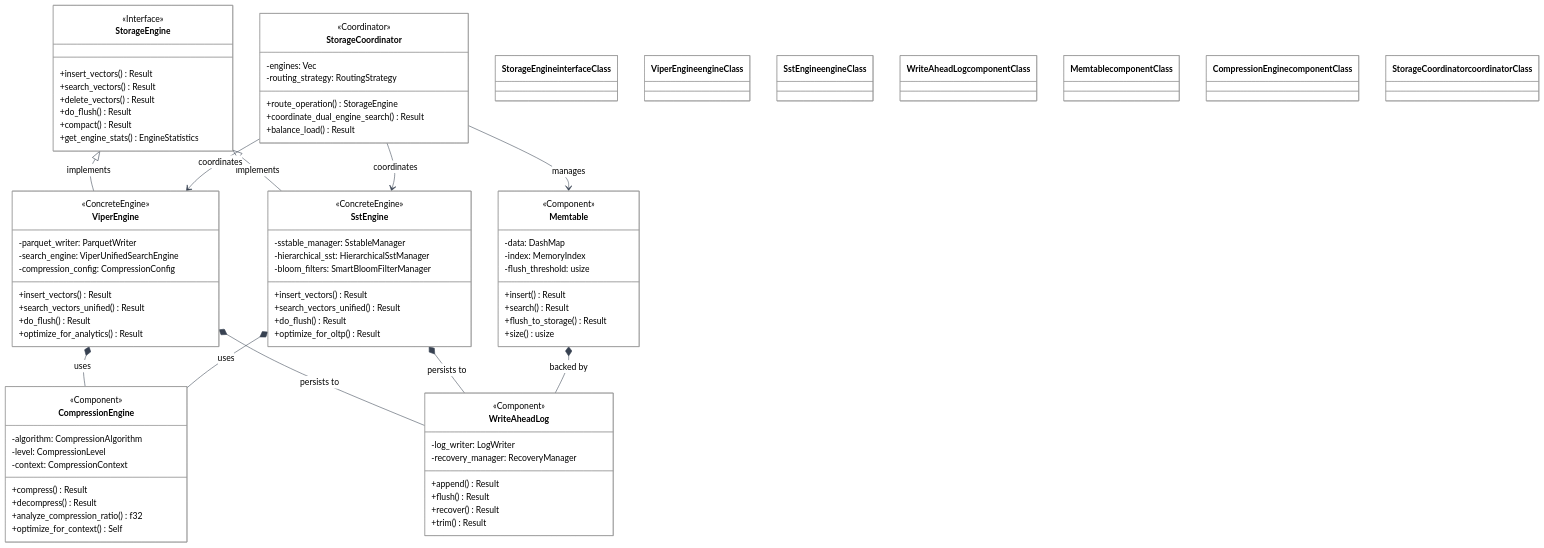
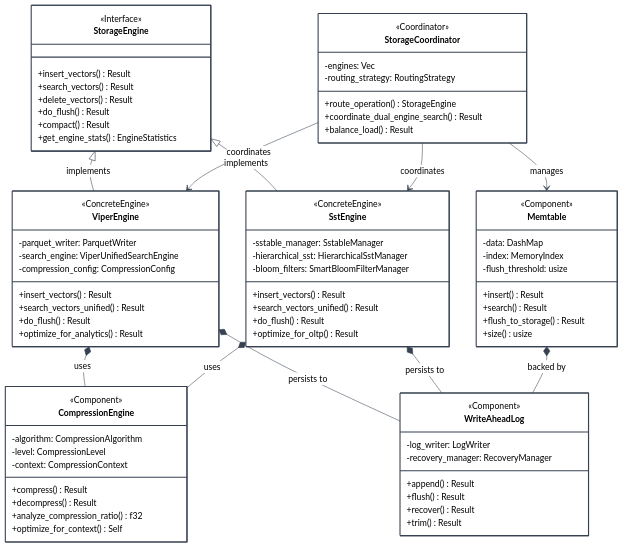
Before and after one commit to vjsingh1984/proximaDB: the diagram in docs/diagrams/storage-components-detail-modular.mmd, drawn with Mermaid. The commit also changed 11 other files, not shown here.

First line of the commit message:
fix: resolve class diagram style syntax errors and add business overview

```diff
--- a/docs/diagrams/storage-components-detail-modular.mmd
+++ b/docs/diagrams/storage-components-detail-modular.mmd
@@ -1,107 +1,100 @@
 %%{init: {"theme":"neutral", "themeVariables": {"primaryColor":"#2563eb","primaryTextColor":"#000000","primaryBorderColor":"#1e40af","lineColor":"#374151","secondaryColor":"#10b981","secondaryTextColor":"#000000","tertiaryColor":"#f59e0b","tertiaryTextColor":"#000000","background":"transparent","mainBkg":"#ffffff","secondBkg":"#f8fafc","textColor":"#000000","nodeTextColor":"#000000","fontFamily":"Arial, sans-serif","fontSize":"16px","clusterBkg":"#f1f5f9","clusterBorder":"#374151","edgeLabelBackground":"#ffffff"}}}%%
 
 classDiagram
     %% Storage Module - Core persistence and storage engine capabilities
     
     class StorageEngine {
         <<Interface>>
         +insert_vectors() Result
         +search_vectors() Result
         +delete_vectors() Result
         +do_flush() Result
         +compact() Result
         +get_engine_stats() EngineStatistics
     }
     
     class ViperEngine {
         <<ConcreteEngine>>
         -parquet_writer: ParquetWriter
         -search_engine: ViperUnifiedSearchEngine
         -compression_config: CompressionConfig
         +insert_vectors() Result
         +search_vectors_unified() Result
         +do_flush() Result
         +optimize_for_analytics() Result
     }
     
     class SstEngine {
         <<ConcreteEngine>>
         -sstable_manager: SstableManager
         -hierarchical_sst: HierarchicalSstManager
         -bloom_filters: SmartBloomFilterManager
         +insert_vectors() Result
         +search_vectors_unified() Result
         +do_flush() Result
         +optimize_for_oltp() Result
     }
     
     class WriteAheadLog {
         <<Component>>
         -log_writer: LogWriter
         -recovery_manager: RecoveryManager
         +append() Result
         +flush() Result
         +recover() Result
         +trim() Result
     }
     
     class Memtable {
         <<Component>>
         -data: DashMap
         -index: MemoryIndex
         -flush_threshold: usize
         +insert() Result
         +search() Result
         +flush_to_storage() Result
         +size() usize
     }
     
     class CompressionEngine {
         <<Component>>
         -algorithm: CompressionAlgorithm
         -level: CompressionLevel
         -context: CompressionContext
         +compress() Result
         +decompress() Result
         +analyze_compression_ratio() f32
         +optimize_for_context() Self
     }
     
     class StorageCoordinator {
         <<Coordinator>>
         -engines: Vec
         -routing_strategy: RoutingStrategy
         +route_operation() StorageEngine
         +coordinate_dual_engine_search() Result
         +balance_load() Result
     }
     
     %% Inheritance relationships
     StorageEngine <|-- ViperEngine : implements
     StorageEngine <|-- SstEngine : implements
     
     %% Composition relationships
     ViperEngine *-- CompressionEngine : uses
     SstEngine *-- CompressionEngine : uses
     ViperEngine *-- WriteAheadLog : persists to
     SstEngine *-- WriteAheadLog : persists to
     Memtable *-- WriteAheadLog : backed by
     
     %% Coordination relationships
     StorageCoordinator --> ViperEngine : coordinates
     StorageCoordinator --> SstEngine : coordinates
     StorageCoordinator --> Memtable : manages
     
     %% Clear high-contrast styling
-    classDef interfaceClass fill:#e8f4fd,stroke:#1565c0,stroke-width:3px,color:#000000
-    classDef engineClass fill:#e8f5e8,stroke:#2e7d32,stroke-width:3px,color:#000000
-    classDef componentClass fill:#fff3e0,stroke:#ef6c00,stroke-width:3px,color:#000000
-    classDef coordinatorClass fill:#f3e5f5,stroke:#7b1fa2,stroke-width:3px,color:#000000
-    
-    class StorageEngine interfaceClass
-    class ViperEngine engineClass
-    class SstEngine engineClass
-    class WriteAheadLog componentClass
-    class Memtable componentClass
-    class CompressionEngine componentClass
-    class StorageCoordinator coordinatorClass
+    classDef default fill:#ffffff,stroke:#374151,stroke-width:2px,color:#000000
+    classDef interface fill:#e8f4fd,stroke:#1565c0,stroke-width:2px,color:#000000
+    classDef engine fill:#e8f5e8,stroke:#2e7d32,stroke-width:2px,color:#000000
+    classDef component fill:#fff3e0,stroke:#ef6c00,stroke-width:2px,color:#000000
+    classDef coordinator fill:#f3e5f5,stroke:#7b1fa2,stroke-width:2px,color:#000000
```
